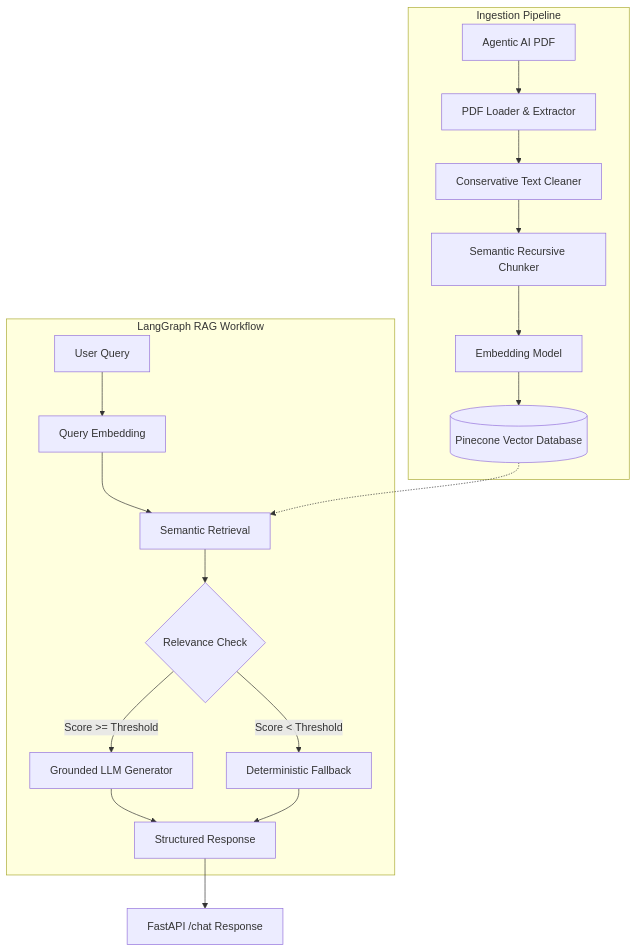
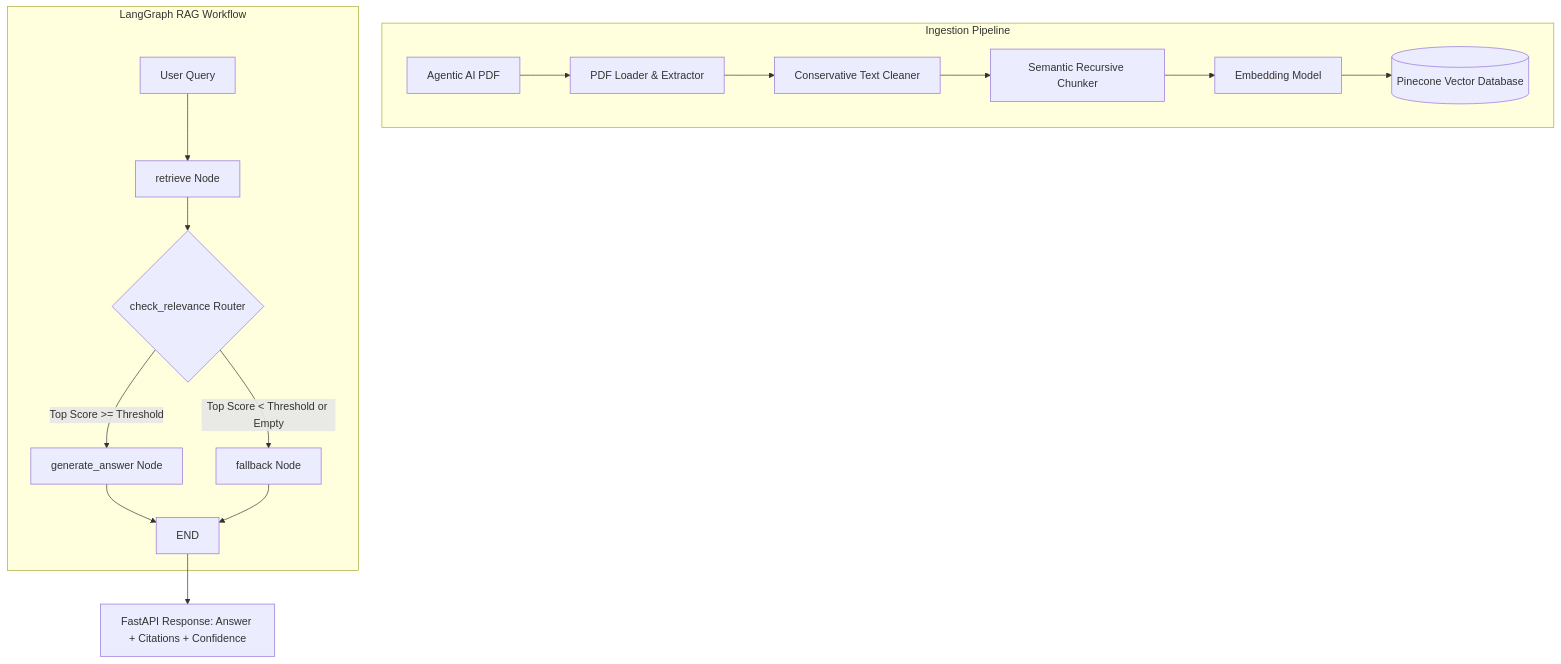
Before and after one commit to Srinidhi188/agentic-ai-grounded-rag: the diagram in README.md, drawn with Mermaid. The commit also changed other lines of this file and 6 other files, not shown here.

````diff
--- a/README.md
+++ b/README.md
@@ -11,23 +13,21 @@
 ```mermaid
 flowchart TD
     subgraph Ingestion Pipeline
         A[Agentic AI PDF] --> B[PDF Loader & Extractor]
         B --> C[Conservative Text Cleaner]
         C --> D[Semantic Recursive Chunker]
         D --> E[Embedding Model]
         E --> F[(Pinecone Vector Database)]
     end
 
     subgraph LangGraph RAG Workflow
-        Q[User Query] --> R[Query Embedding]
-        R --> S[Semantic Retrieval]
-        F -.-> S
-        S --> T{Relevance Check}
-        T -- "Score >= Threshold" --> U[Grounded LLM Generator]
-        T -- "Score < Threshold" --> V[Deterministic Fallback]
-        U --> W[Structured Response]
-        V --> W
+        Q[User Query] --> R[retrieve Node]
+        R --> S{check_relevance Router}
+        S -- "Top Score >= Threshold" --> T[generate_answer Node]
+        S -- "Top Score < Threshold or Empty" --> U[fallback Node]
+        T --> V[END]
+        U --> V
     end
 
-    W --> API[FastAPI /chat Response]
+    V --> API[FastAPI Response: Answer + Citations + Confidence]
 ```
````
